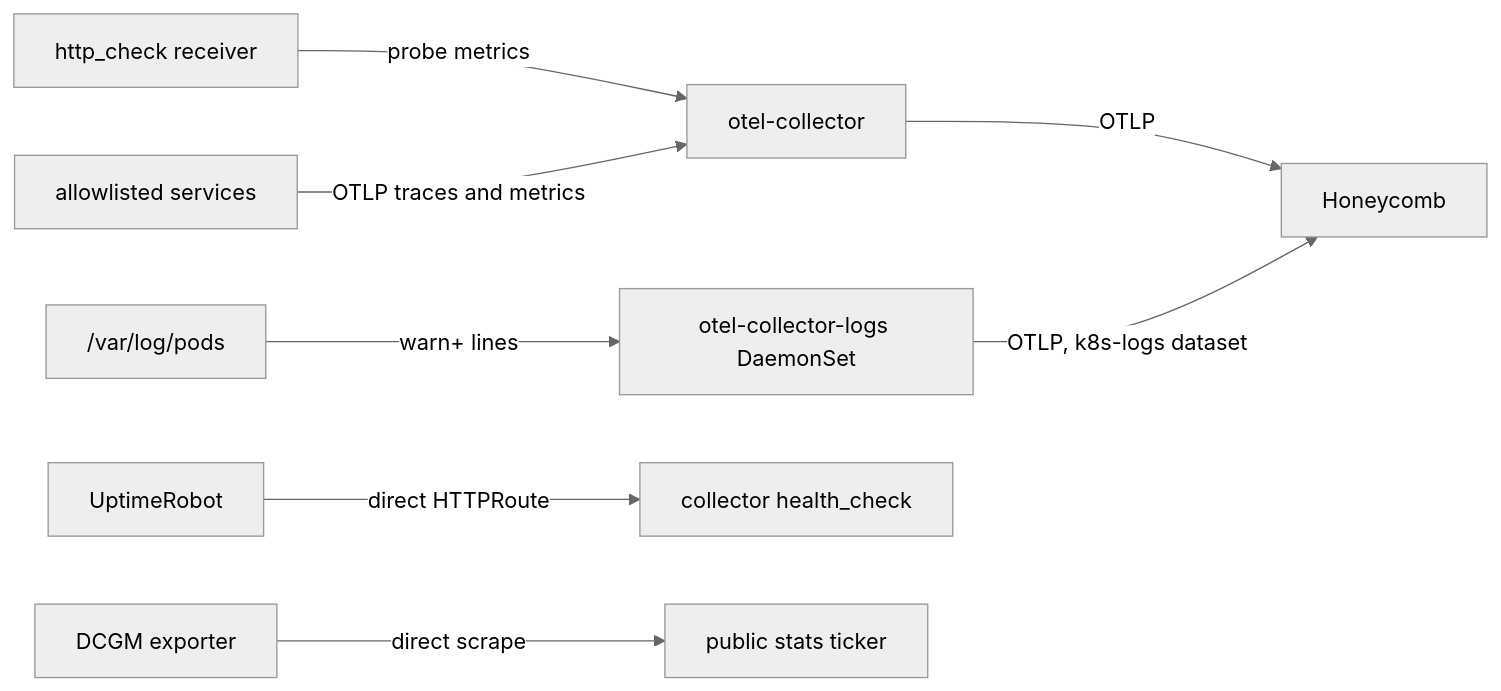
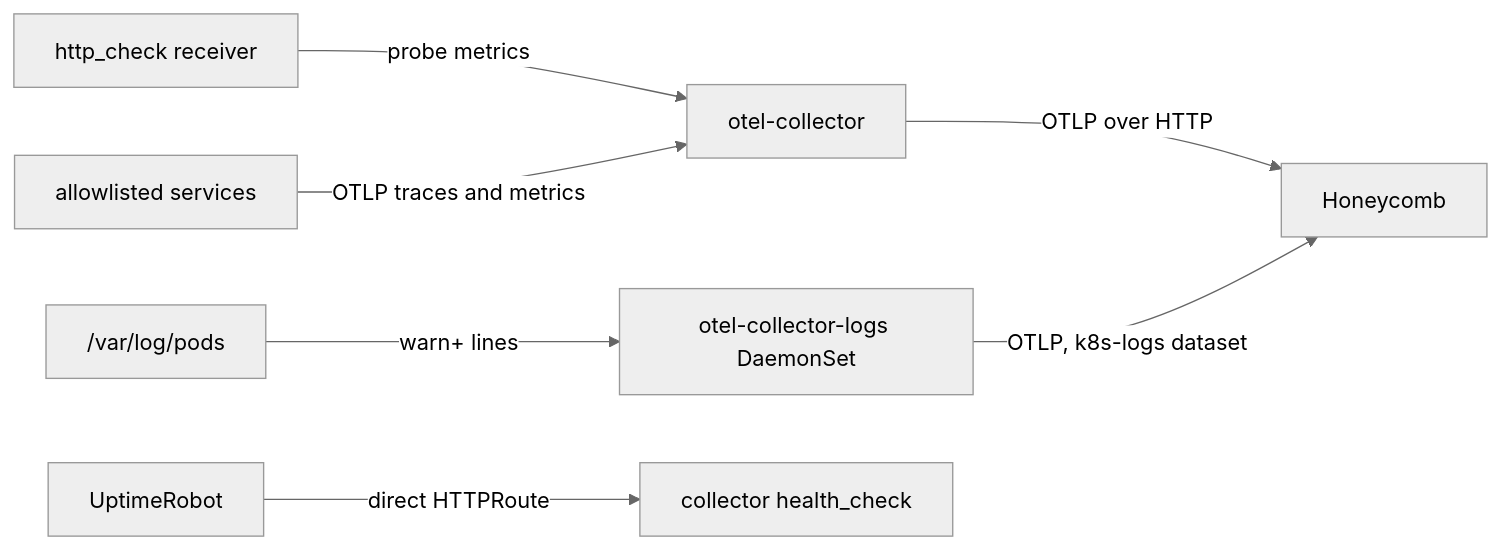
One commit to jomcgi-org/homelab changed the diagram in docs/observability.md. Above: the diagram before and after it, drawn with Mermaid (neutral theme). The commit also changed other lines of this file and 28 other files, not shown here.

````diff
--- a/docs/observability.md
+++ b/docs/observability.md
@@ -10,10 +12,9 @@
 ```mermaid
 graph LR
     HC[http_check receiver] -->|probe metrics| OC[otel-collector]
     SVC[allowlisted services] -->|OTLP traces and metrics| OC
-    OC -->|OTLP| H[Honeycomb]
+    OC -->|OTLP over HTTP| H[Honeycomb]
     PODS["/var/log/pods"] -->|warn+ lines| LA[otel-collector-logs DaemonSet]
     LA -->|OTLP, k8s-logs dataset| H
     UR[UptimeRobot] -->|direct HTTPRoute| HEALTH[collector health_check]
-    DCGM[DCGM exporter] -->|direct scrape| STATS[public stats ticker]
 ```
````
